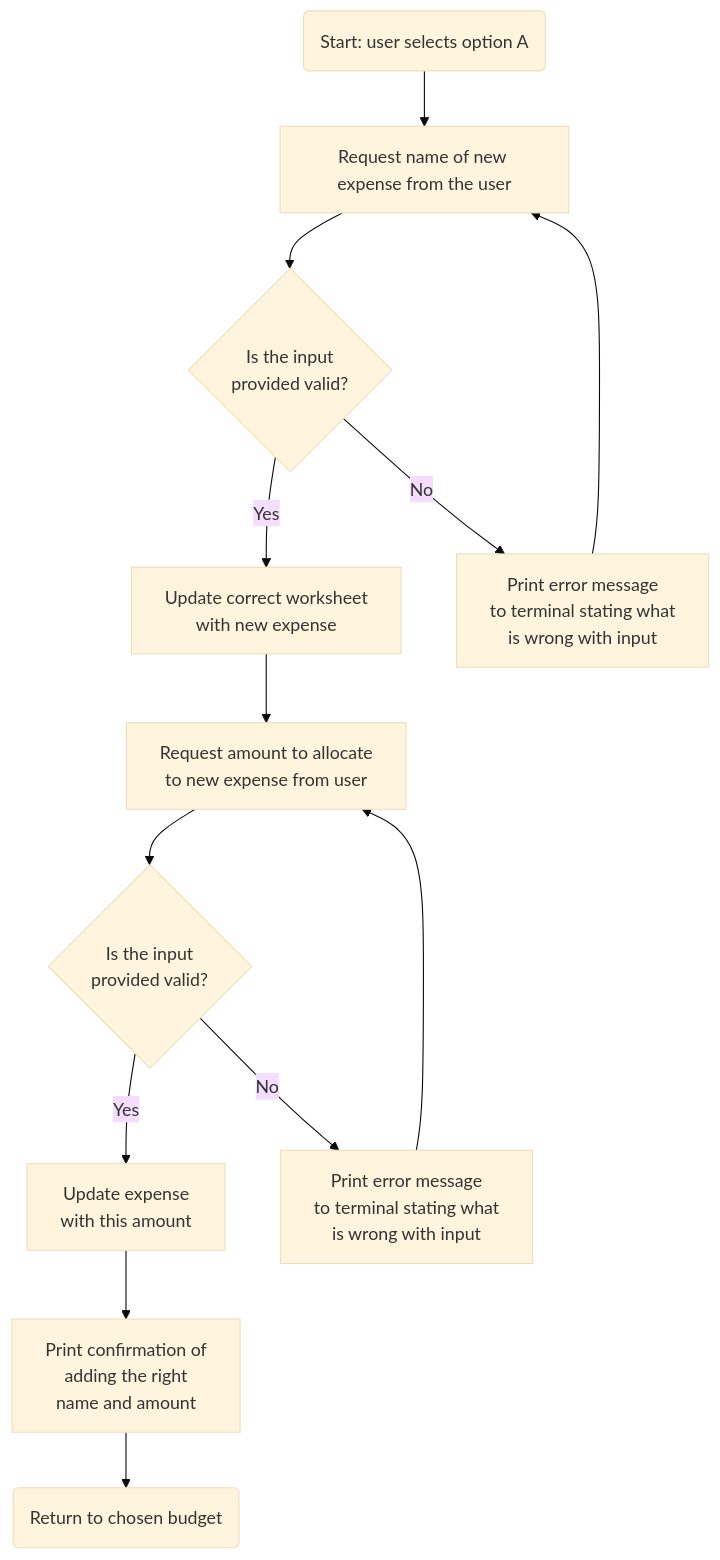
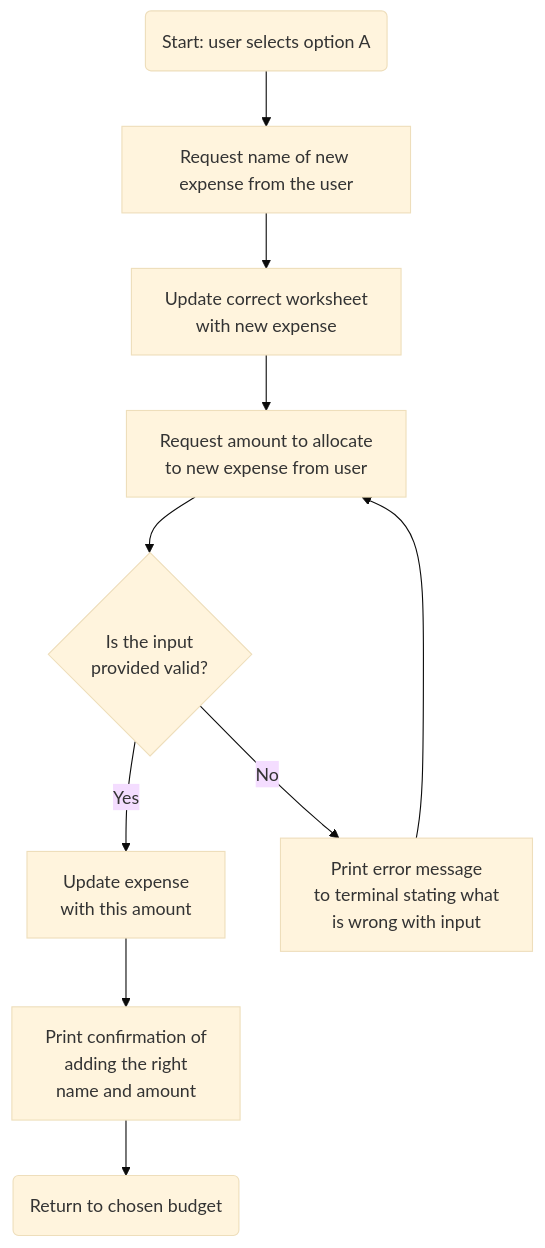
One commit to EvitaKnits/Cashflow-Companion changed the fifth of 8 diagrams in README.md. Above: the diagram before and after it, drawn with Mermaid (base theme). The commit also changed other lines of this file, not shown here.

Commit message:
Update flowcharts in readme from bm bug one changes

````diff
--- a/README.md
+++ b/README.md
@@ -219,15 +214,12 @@
 ```mermaid
 flowchart TD
-     A(Start: user selects option A) --> B[Request name of new expense from the user]
-    B --> C{Is the input \n provided valid?}
-    C -->|Yes| E[Update correct worksheet \n with new expense]
-    C -->|No| D[Print error message \n to terminal stating what \n is wrong with input]
-    D -->B
-    E -->F[Request amount to allocate \n to new expense from user]
+    A(Start: user selects option A) --> B[Request name of new expense from the user]
+    B --> C[Update correct worksheet \n with new expense]
+    C -->F[Request amount to allocate \n to new expense from user]
     F --> G{Is the input \n provided valid?}
     G -->|Yes| I[Update expense \n with this amount]
     G -->|No| H[Print error message \n to terminal stating what \n is wrong with input]
     H -->F
     I --> J[Print confirmation of \n adding the right \n name and amount]
     J --> K(Return to chosen budget)
 ```
````
